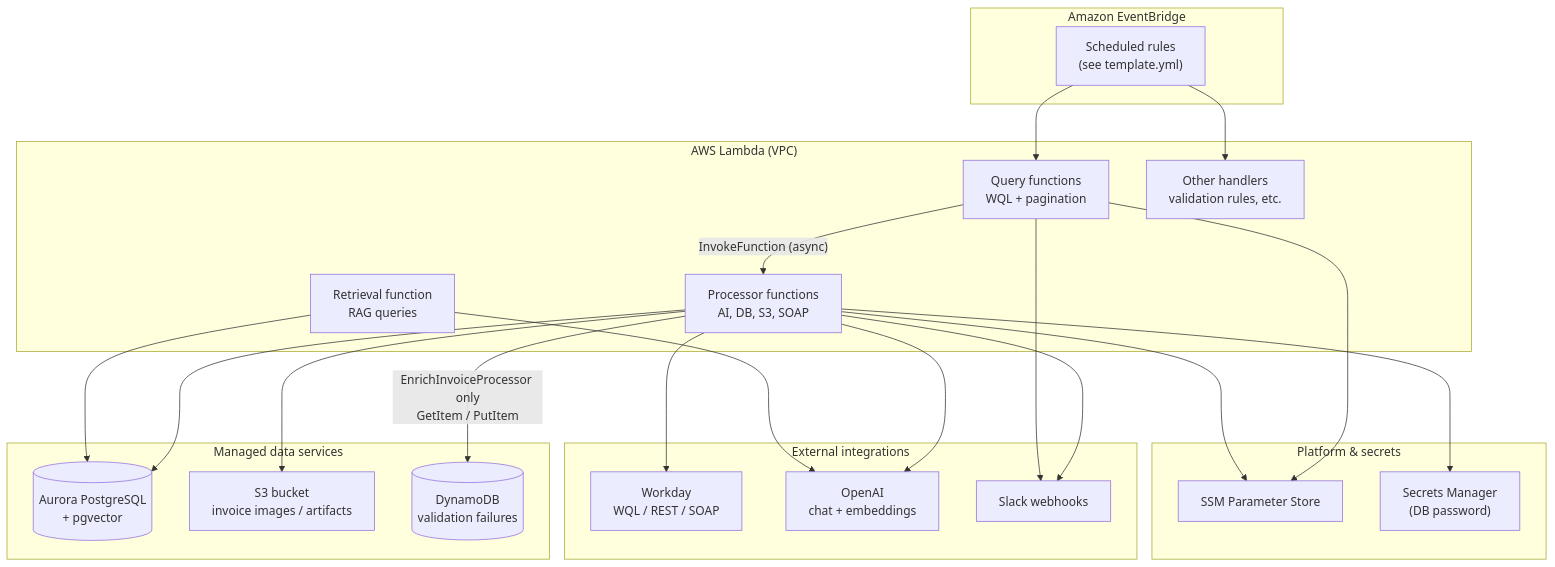
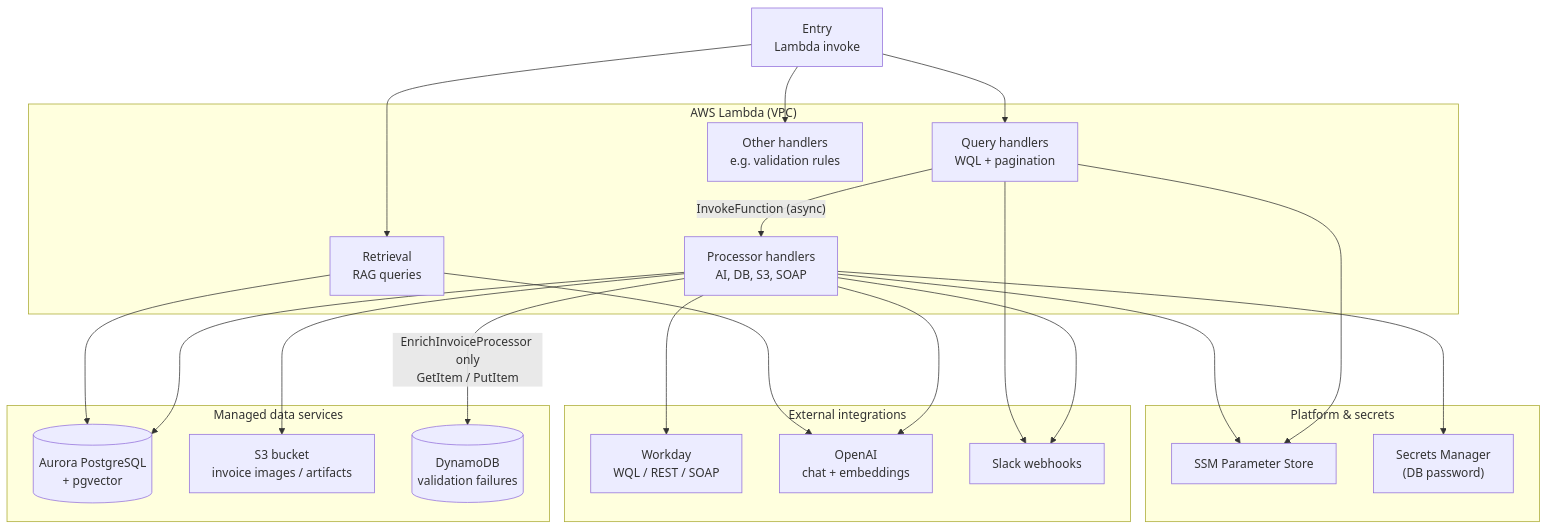
The first of 6 diagrams in docs/adr/0001-finance-agent-serverless-architecture.md (pgahq/finance-agent), drawn with Mermaid before and after one commit. The commit also changed other lines of this file, not shown here.

Commit message:
docs(adr): de-emphasize scheduling; center process topology
Replace EventBridge framing with generic Lambda invoke entry;
retitle deployment diagram; trim decision bullet on cron.

````diff
--- a/docs/adr/0001-finance-agent-serverless-architecture.md
+++ b/docs/adr/0001-finance-agent-serverless-architecture.md
@@ -49,46 +47,45 @@
 ```mermaid
 flowchart TB
-  subgraph Schedules["Amazon EventBridge"]
-    EV["Scheduled rules<br/>(see template.yml)"]
-  end
+  T["Entry<br/>Lambda invoke"]
 
   subgraph Compute["AWS Lambda (VPC)"]
-    Q["Query functions<br/>WQL + pagination"]
-    P["Processor functions<br/>AI, DB, S3, SOAP"]
-    R["Retrieval function<br/>RAG queries"]
-    O["Other handlers<br/>validation rules, etc."]
+    Q["Query handlers<br/>WQL + pagination"]
+    P["Processor handlers<br/>AI, DB, S3, SOAP"]
+    R["Retrieval<br/>RAG queries"]
+    O["Other handlers<br/>e.g. validation rules"]
   end
 
   subgraph Data["Managed data services"]
     PG[("Aurora PostgreSQL<br/>+ pgvector")]
     S3["S3 bucket<br/>invoice images / artifacts"]
     DDB[("DynamoDB<br/>validation failures")]
   end
 
   subgraph External["External integrations"]
     WD["Workday<br/>WQL / REST / SOAP"]
     OAI["OpenAI<br/>chat + embeddings"]
     SL["Slack webhooks"]
   end
 
   subgraph Platform["Platform & secrets"]
     SSM["SSM Parameter Store"]
     SM["Secrets Manager<br/>(DB password)"]
   end
 
-  EV --> Q
-  EV --> O
+  T --> Q
+  T --> O
+  T --> R
   Q -->|"InvokeFunction (async)"| P
   P --> WD
   P --> OAI
   P --> PG
   P --> S3
   P -->|"EnrichInvoiceProcessor only<br/>GetItem / PutItem"| DDB
   R --> PG
   R --> OAI
   Q --> SSM
   P --> SSM
   P --> SM
   P --> SL
   Q --> SL
 ```
````
